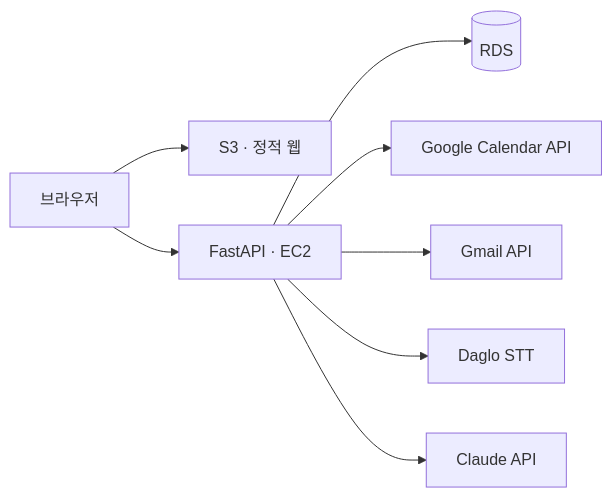
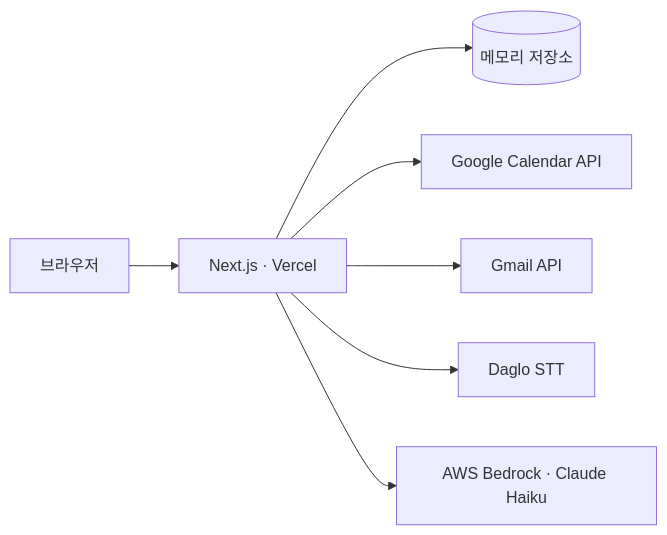
One commit to nxtcloud-edu/2026-kmuct-kt-team09 changed the second of 2 diagrams in README.md. Above: the diagram before and after it, drawn with Mermaid. The commit also changed other lines of this file and 1 other file, not shown here.

````diff
--- a/README.md
+++ b/README.md
@@ -169,10 +154,9 @@
 ```mermaid
 flowchart LR
-    U[브라우저] --> S3[S3 · 정적 웹]
-    U --> A[FastAPI · EC2]
-    A --> DB[(RDS)]
-    A --> GC[Google Calendar API]
-    A --> GM[Gmail API]
-    A --> DG[Daglo STT]
-    A --> CL[Claude API]
+    U[브라우저] --> N[Next.js · Vercel]
+    N --> ST[(메모리 저장소)]
+    N --> GC[Google Calendar API]
+    N --> GM[Gmail API]
+    N --> DG[Daglo STT]
+    N --> BR[AWS Bedrock · Claude Haiku]
 ```
````
